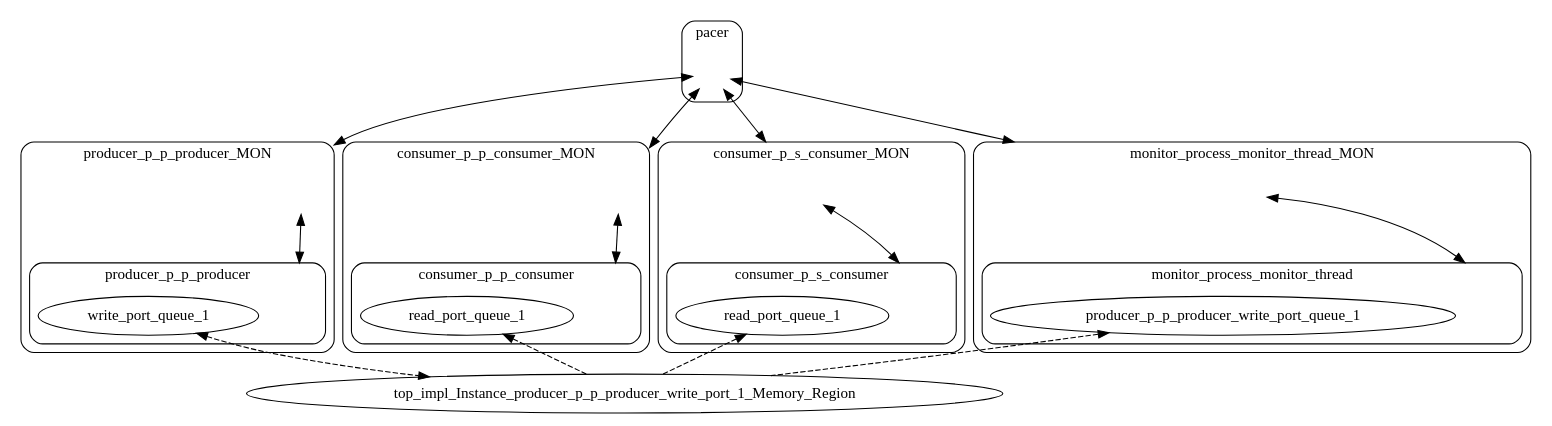
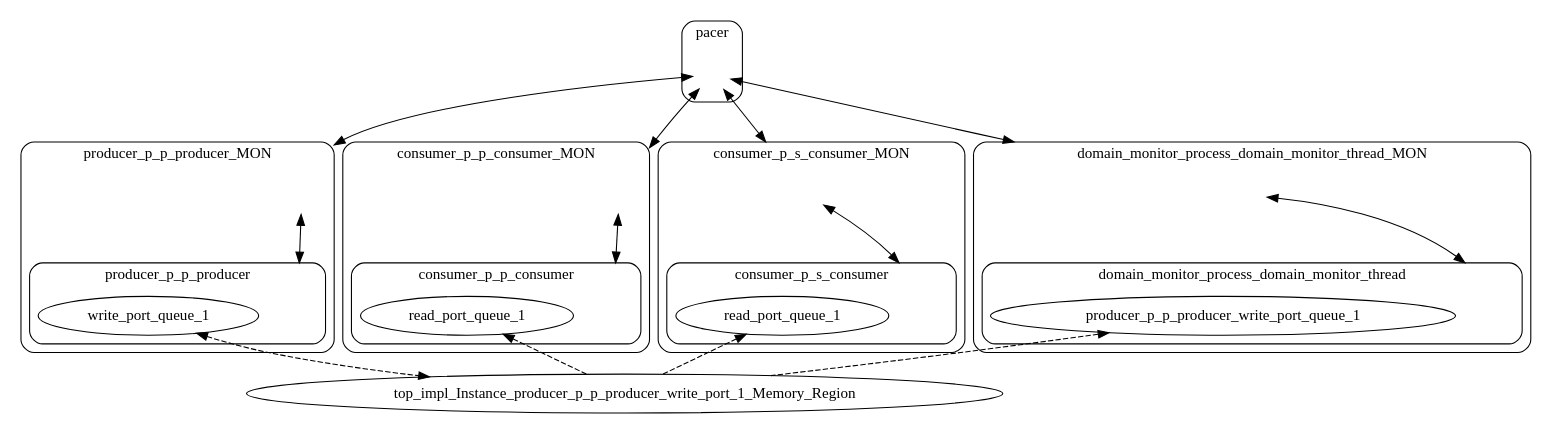
One commit to loonwerks/INSPECTA-models changed the diagram in micro-examples/microkit/aadl_port_types/data/struct/hamr/microkit/microkit.monitor.dot. Above: the diagram before and after it, drawn with Graphviz. The commit also changed 1186 other files, not shown here.

```diff
--- a/micro-examples/microkit/aadl_port_types/data/struct/hamr/microkit/microkit.monitor.dot
+++ b/micro-examples/microkit/aadl_port_types/data/struct/hamr/microkit/microkit.monitor.dot
@@ -1,88 +1,88 @@
 digraph microkit {
   compound=true;
 
   // Do not edit this file as it will be overwritten if HAMR codegen is rerun
 
   // protection domains
   graph [style=rounded]
   subgraph cluster_producer_p_p_producer_MON {
     label = "producer_p_p_producer_MON";
     producer_p_p_producer_MON_INVIS [label="", style=invis, width=.5, height=.5, fixedsize=true]
 
     graph [style=rounded]
     subgraph cluster_producer_p_p_producer {
       label = "producer_p_p_producer";
       producer_p_p_producer_INVIS [label="", style=invis, width=.5, height=.5, fixedsize=true]
 
       pd_producer_p_p_producer_write_port_queue_1 [label=write_port_queue_1];
     }
   }
 
   graph [style=rounded]
   subgraph cluster_consumer_p_p_consumer_MON {
     label = "consumer_p_p_consumer_MON";
     consumer_p_p_consumer_MON_INVIS [label="", style=invis, width=.5, height=.5, fixedsize=true]
 
     graph [style=rounded]
     subgraph cluster_consumer_p_p_consumer {
       label = "consumer_p_p_consumer";
       consumer_p_p_consumer_INVIS [label="", style=invis, width=.5, height=.5, fixedsize=true]
 
       pd_consumer_p_p_consumer_read_port_queue_1 [label=read_port_queue_1];
     }
   }
 
   graph [style=rounded]
   subgraph cluster_consumer_p_s_consumer_MON {
     label = "consumer_p_s_consumer_MON";
     consumer_p_s_consumer_MON_INVIS [label="", style=invis, width=.5, height=.5, fixedsize=true]
 
     graph [style=rounded]
     subgraph cluster_consumer_p_s_consumer {
       label = "consumer_p_s_consumer";
       consumer_p_s_consumer_INVIS [label="", style=invis, width=.5, height=.5, fixedsize=true]
 
       pd_consumer_p_s_consumer_read_port_queue_1 [label=read_port_queue_1];
     }
   }
 
   graph [style=rounded]
-  subgraph cluster_monitor_process_monitor_thread_MON {
-    label = "monitor_process_monitor_thread_MON";
-    monitor_process_monitor_thread_MON_INVIS [label="", style=invis, width=.5, height=.5, fixedsize=true]
+  subgraph cluster_domain_monitor_process_domain_monitor_thread_MON {
+    label = "domain_monitor_process_domain_monitor_thread_MON";
+    domain_monitor_process_domain_monitor_thread_MON_INVIS [label="", style=invis, width=.5, height=.5, fixedsize=true]
 
     graph [style=rounded]
-    subgraph cluster_monitor_process_monitor_thread {
-      label = "monitor_process_monitor_thread";
-      monitor_process_monitor_thread_INVIS [label="", style=invis, width=.5, height=.5, fixedsize=true]
+    subgraph cluster_domain_monitor_process_domain_monitor_thread {
+      label = "domain_monitor_process_domain_monitor_thread";
+      domain_monitor_process_domain_monitor_thread_INVIS [label="", style=invis, width=.5, height=.5, fixedsize=true]
 
-      pd_monitor_process_monitor_thread_producer_p_p_producer_write_port_queue_1 [label=producer_p_p_producer_write_port_queue_1];
+      pd_domain_monitor_process_domain_monitor_thread_producer_p_p_producer_write_port_queue_1 [label=producer_p_p_producer_write_port_queue_1];
     }
   }
 
   graph [style=rounded]
   subgraph cluster_pacer {
     label = "pacer";
     pacer_INVIS [label="", style=invis, width=.5, height=.5, fixedsize=true]
 
   }
 
   // memory regions
   top_impl_Instance_producer_p_p_producer_write_port_1_Memory_Region;
 
   // channels
   pacer_INVIS -> producer_p_p_producer_MON_INVIS [lhead=cluster_producer_p_p_producer_MON, minlen=2, dir=both];
   producer_p_p_producer_MON_INVIS -> producer_p_p_producer_INVIS [lhead=cluster_producer_p_p_producer, minlen=2, dir=both];
   pacer_INVIS -> consumer_p_p_consumer_MON_INVIS [lhead=cluster_consumer_p_p_consumer_MON, minlen=2, dir=both];
   consumer_p_p_consumer_MON_INVIS -> consumer_p_p_consumer_INVIS [lhead=cluster_consumer_p_p_consumer, minlen=2, dir=both];
   pacer_INVIS -> consumer_p_s_consumer_MON_INVIS [lhead=cluster_consumer_p_s_consumer_MON, minlen=2, dir=both];
   consumer_p_s_consumer_MON_INVIS -> consumer_p_s_consumer_INVIS [lhead=cluster_consumer_p_s_consumer, minlen=2, dir=both];
-  pacer_INVIS -> monitor_process_monitor_thread_MON_INVIS [lhead=cluster_monitor_process_monitor_thread_MON, minlen=2, dir=both];
-  monitor_process_monitor_thread_MON_INVIS -> monitor_process_monitor_thread_INVIS [lhead=cluster_monitor_process_monitor_thread, minlen=2, dir=both];
+  pacer_INVIS -> domain_monitor_process_domain_monitor_thread_MON_INVIS [lhead=cluster_domain_monitor_process_domain_monitor_thread_MON, minlen=2, dir=both];
+  domain_monitor_process_domain_monitor_thread_MON_INVIS -> domain_monitor_process_domain_monitor_thread_INVIS [lhead=cluster_domain_monitor_process_domain_monitor_thread, minlen=2, dir=both];
 
   // shared memory mappings
   pd_producer_p_p_producer_write_port_queue_1 -> top_impl_Instance_producer_p_p_producer_write_port_1_Memory_Region [dir=both, style=dashed];
   pd_consumer_p_p_consumer_read_port_queue_1 -> top_impl_Instance_producer_p_p_producer_write_port_1_Memory_Region [dir=back, style=dashed];
   pd_consumer_p_s_consumer_read_port_queue_1 -> top_impl_Instance_producer_p_p_producer_write_port_1_Memory_Region [dir=back, style=dashed];
-  pd_monitor_process_monitor_thread_producer_p_p_producer_write_port_queue_1 -> top_impl_Instance_producer_p_p_producer_write_port_1_Memory_Region [dir=back, style=dashed];
+  pd_domain_monitor_process_domain_monitor_thread_producer_p_p_producer_write_port_queue_1 -> top_impl_Instance_producer_p_p_producer_write_port_1_Memory_Region [dir=back, style=dashed];
 }
```
